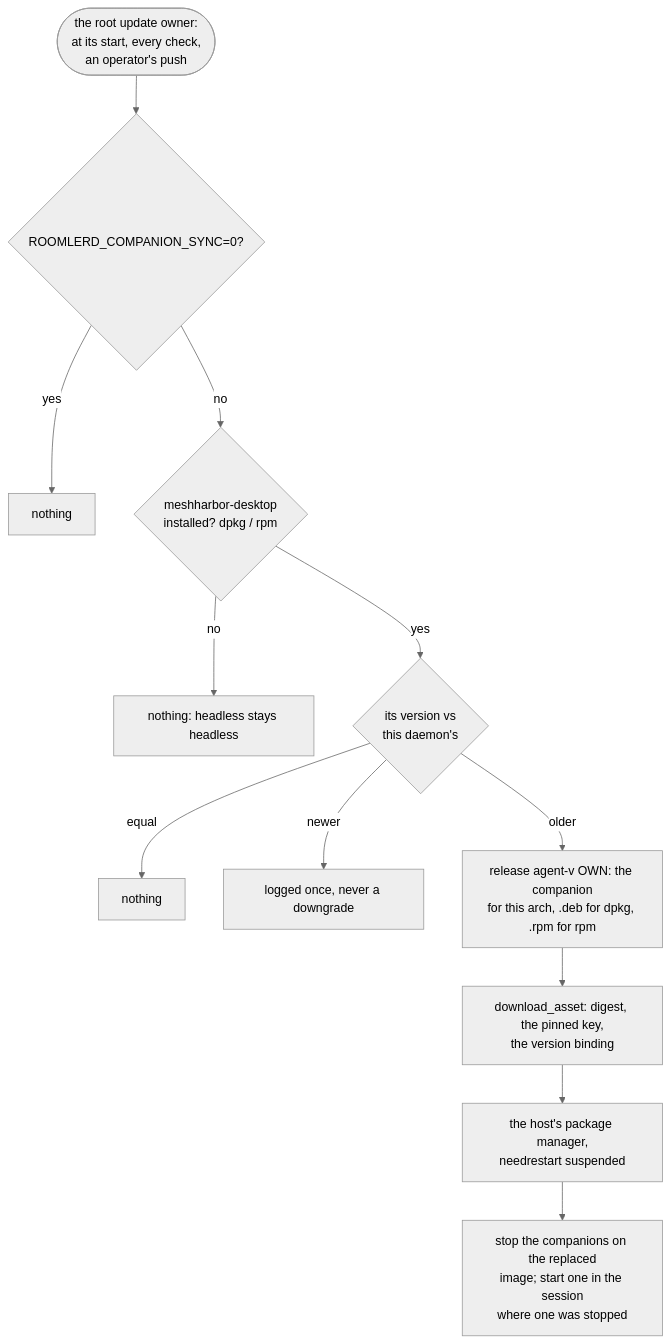
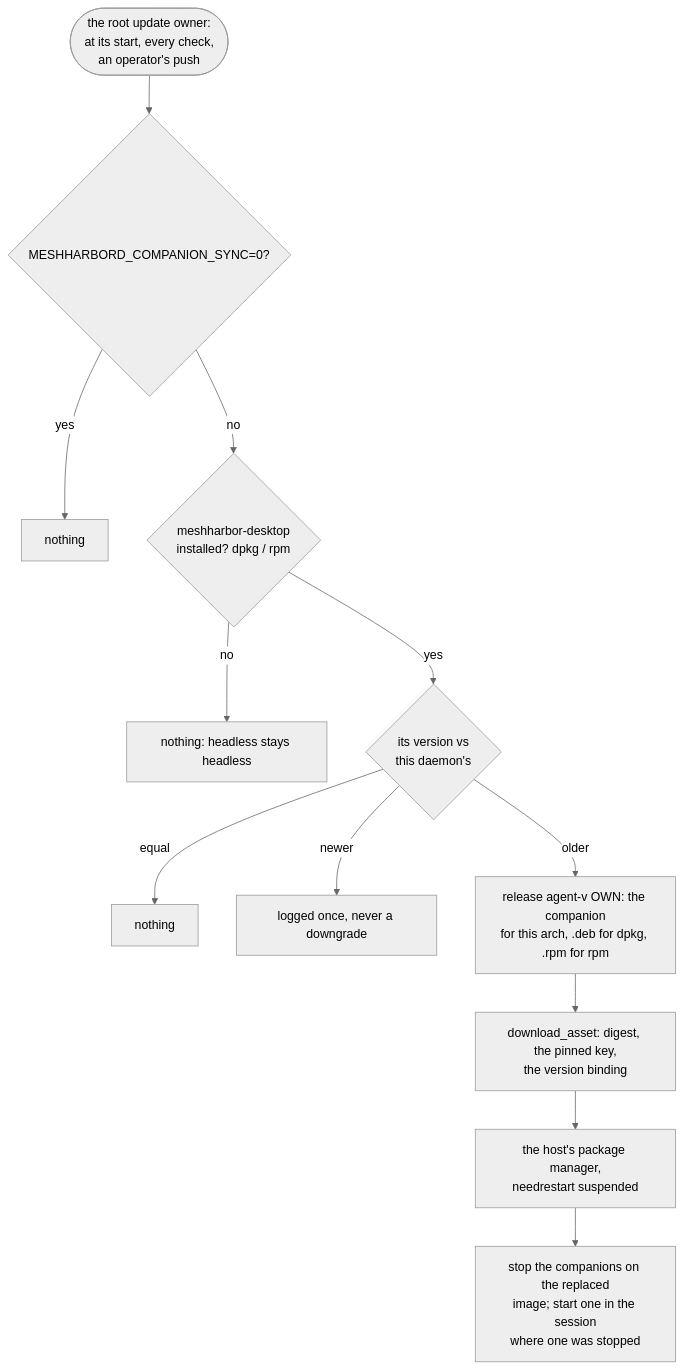
One commit to jk-zhang-meta/MeshHarbor changed diagram 12 of 12 in docs/desktop-companion.md. Above: the diagram before and after it, drawn with Mermaid (neutral theme). The commit also changed other lines of this file and 730 other files, not shown here.

````diff
--- a/docs/desktop-companion.md
+++ b/docs/desktop-companion.md
@@ -777,14 +777,14 @@
 ```mermaid
 flowchart TD
-    S([the root update owner:<br/>at its start, every check,<br/>an operator's push]) --> K{ROOMLERD_COMPANION_SYNC=0?}
+    S([the root update owner:<br/>at its start, every check,<br/>an operator's push]) --> K{MESHHARBORD_COMPANION_SYNC=0?}
     K -->|yes| N0[nothing]
     K -->|no| Q{meshharbor-desktop<br/>installed? dpkg / rpm}
     Q -->|no| N1[nothing: headless stays headless]
     Q -->|yes| V{its version vs<br/>this daemon's}
     V -->|equal| N2[nothing]
     V -->|newer| N3[logged once, never a downgrade]
     V -->|older| F[release agent-v OWN: the companion<br/>for this arch, .deb for dpkg, .rpm for rpm]
     F --> D[download_asset: digest, the pinned key,<br/>the version binding]
     D --> I[the host's package manager,<br/>needrestart suspended]
     I --> P[stop the companions on the replaced<br/>image; start one in the session<br/>where one was stopped]
 ```
````
